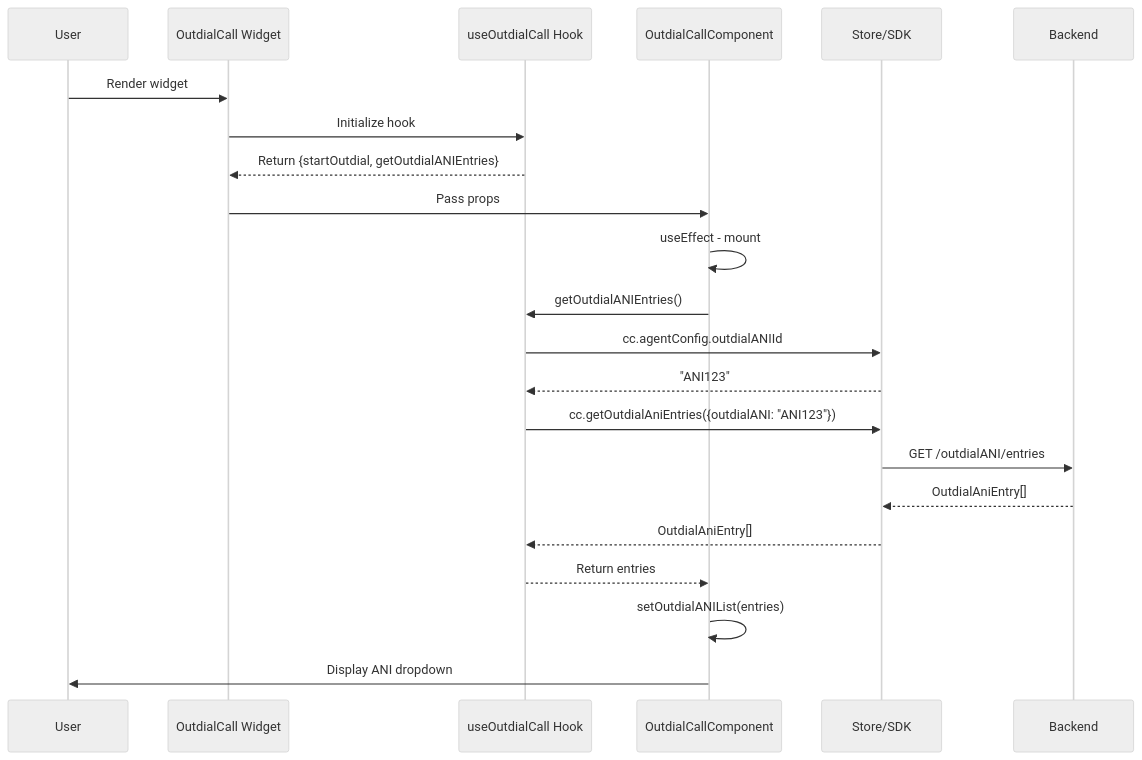
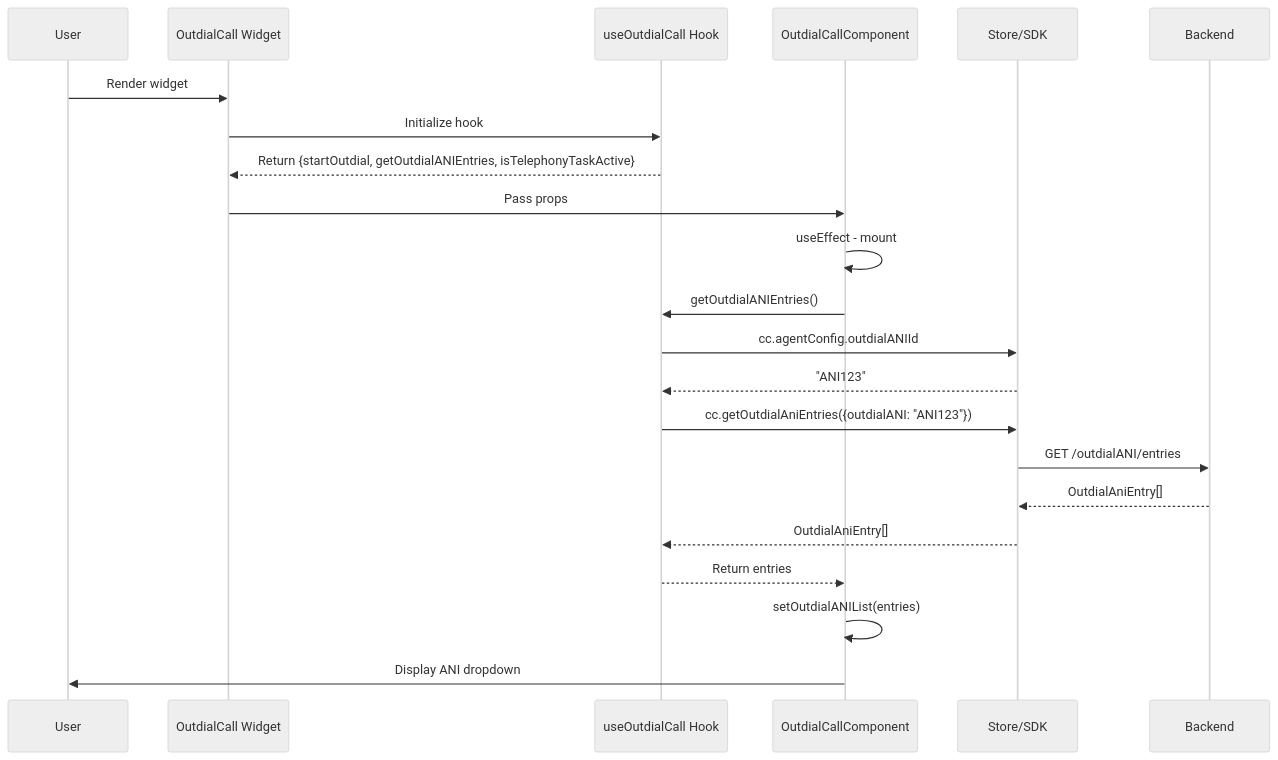
One commit to webex/widgets changed the second of 4 diagrams in packages/contact-center/task/ai-docs/widgets/OutdialCall/ARCHITECTURE.md. Above: the diagram before and after it, drawn with Mermaid (neutral theme). The commit also changed other lines of this file and 6 other files, not shown here.

````diff
--- a/packages/contact-center/task/ai-docs/widgets/OutdialCall/ARCHITECTURE.md
+++ b/packages/contact-center/task/ai-docs/widgets/OutdialCall/ARCHITECTURE.md
@@ -63,25 +67,25 @@
 ```mermaid
 sequenceDiagram
     participant U as User
     participant W as OutdialCall Widget
     participant H as useOutdialCall Hook
     participant C as OutdialCallComponent
     participant S as Store/SDK
     participant B as Backend
-    
+
     U->>W: Render widget
     W->>H: Initialize hook
-    H-->>W: Return {startOutdial, getOutdialANIEntries}
+    H-->>W: Return {startOutdial, getOutdialANIEntries, isTelephonyTaskActive}
     W->>C: Pass props
     C->>C: useEffect - mount
     C->>H: getOutdialANIEntries()
     H->>S: cc.agentConfig.outdialANIId
     S-->>H: "ANI123"
     H->>S: cc.getOutdialAniEntries({outdialANI: "ANI123"})
     S->>B: GET /outdialANI/entries
     B-->>S: OutdialAniEntry[]
     S-->>H: OutdialAniEntry[]
     H-->>C: Return entries
     C->>C: setOutdialANIList(entries)
     C->>U: Display ANI dropdown
 ```
````
